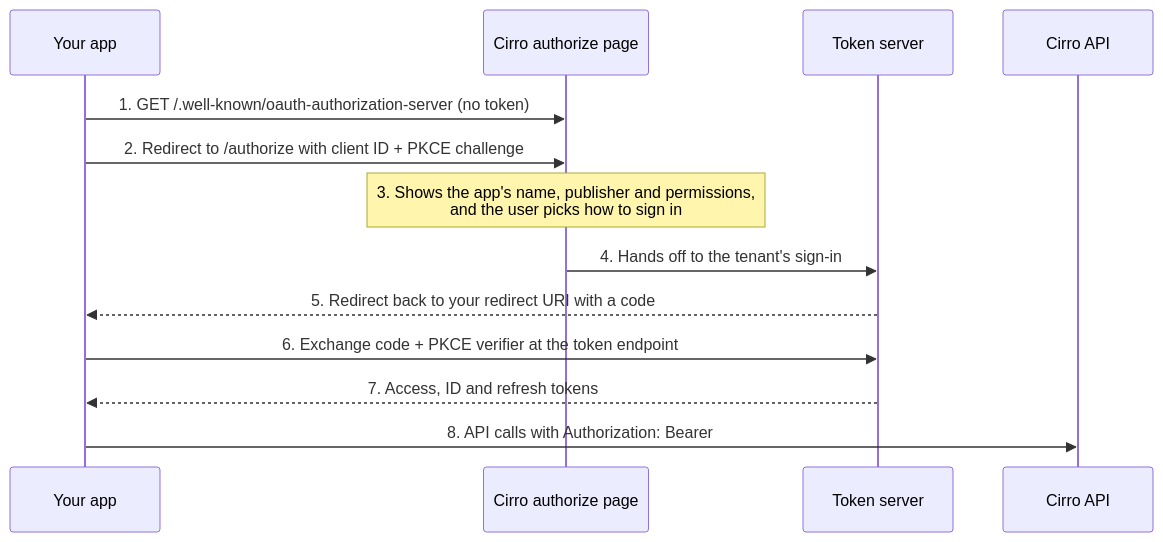
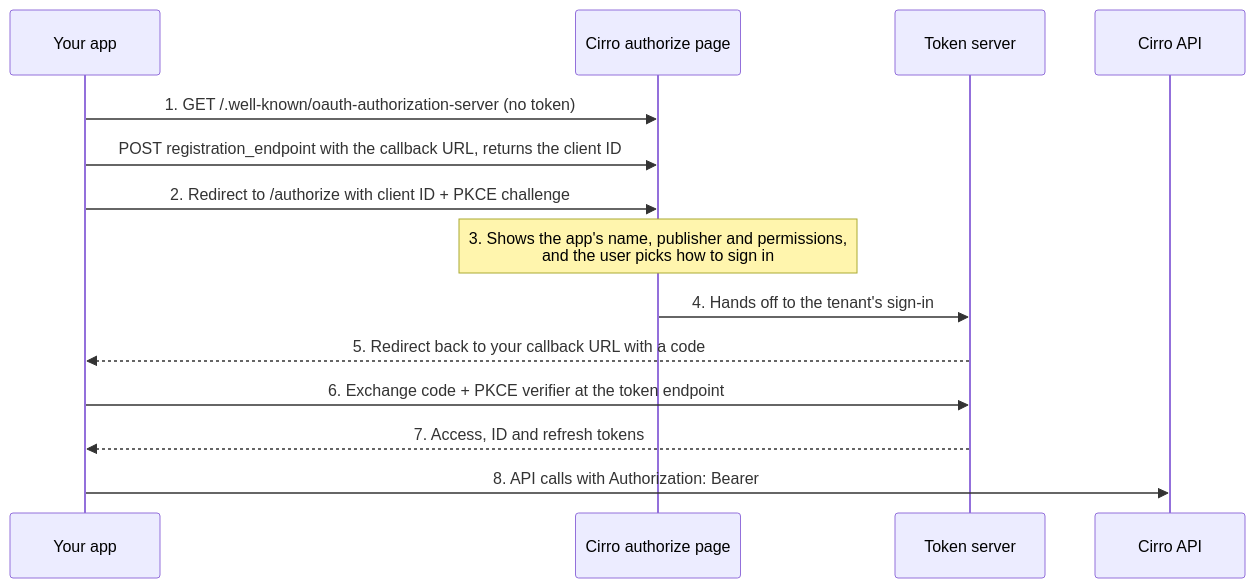
The diagram in docs/authentication.md (CirroBio/Cirro-app-kit), drawn with Mermaid before and after one commit. The commit also changed other lines of this file and 18 other files, not shown here.

Commit message:
Get the client ID from the tenant by callback URL (#23)

````diff
--- a/docs/authentication.md
+++ b/docs/authentication.md
@@ -9,15 +9,16 @@
 ```mermaid
 sequenceDiagram
   participant App as Your app
   participant Cirro as Cirro authorize page
   participant Login as Token server
   participant API as Cirro API
   App->>Cirro: 1. GET /.well-known/oauth-authorization-server (no token)
+  App->>Cirro: POST registration_endpoint with the callback URL, returns the client ID
   App->>Cirro: 2. Redirect to /authorize with client ID + PKCE challenge
   Note over Cirro: 3. Shows the app's name, publisher and permissions,<br/>and the user picks how to sign in
   Cirro->>Login: 4. Hands off to the tenant's sign-in
-  Login-->>App: 5. Redirect back to your redirect URI with a code
+  Login-->>App: 5. Redirect back to your callback URL with a code
   App->>Login: 6. Exchange code + PKCE verifier at the token endpoint
   Login-->>App: 7. Access, ID and refresh tokens
   App->>API: 8. API calls with Authorization: Bearer
 ```
````
